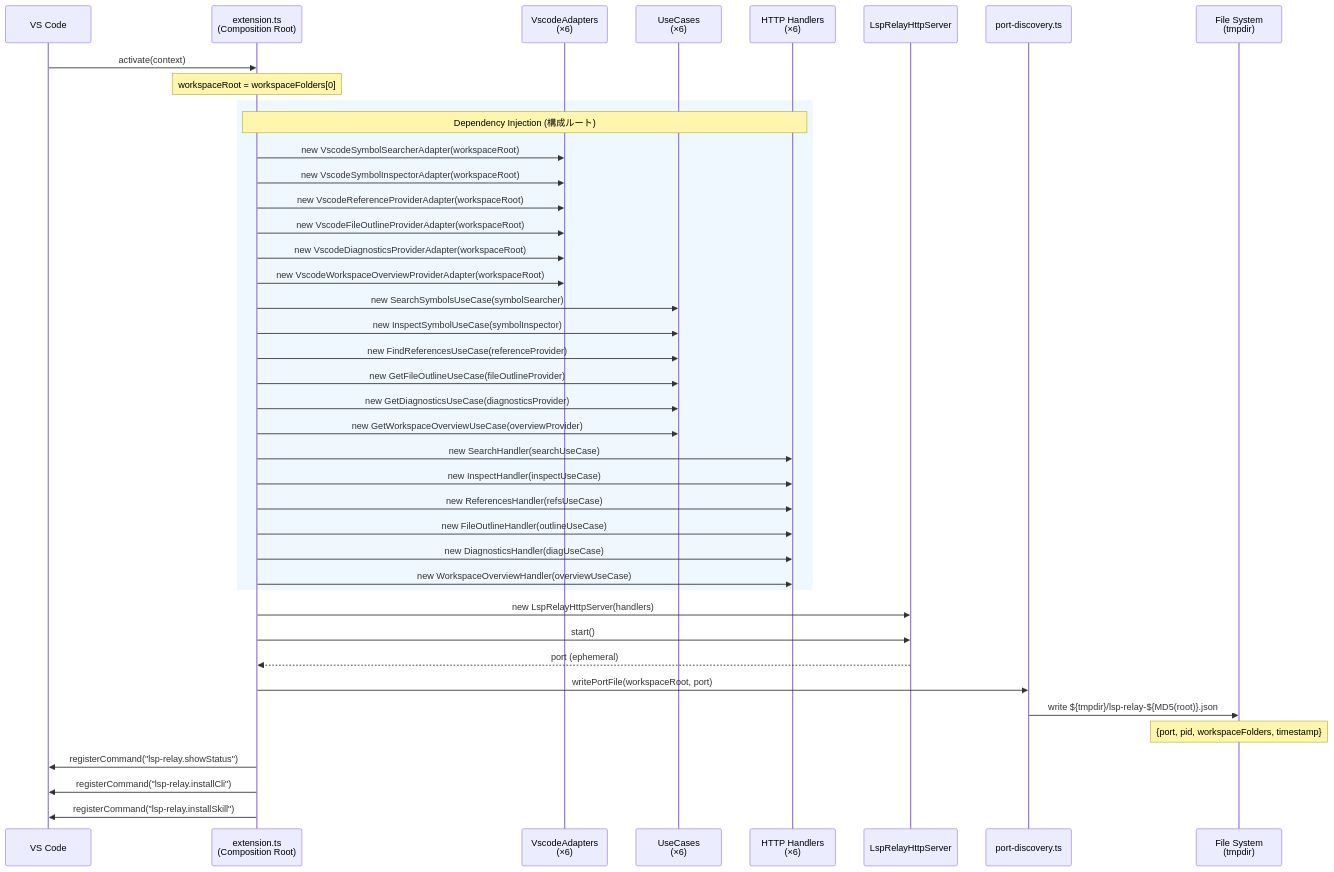
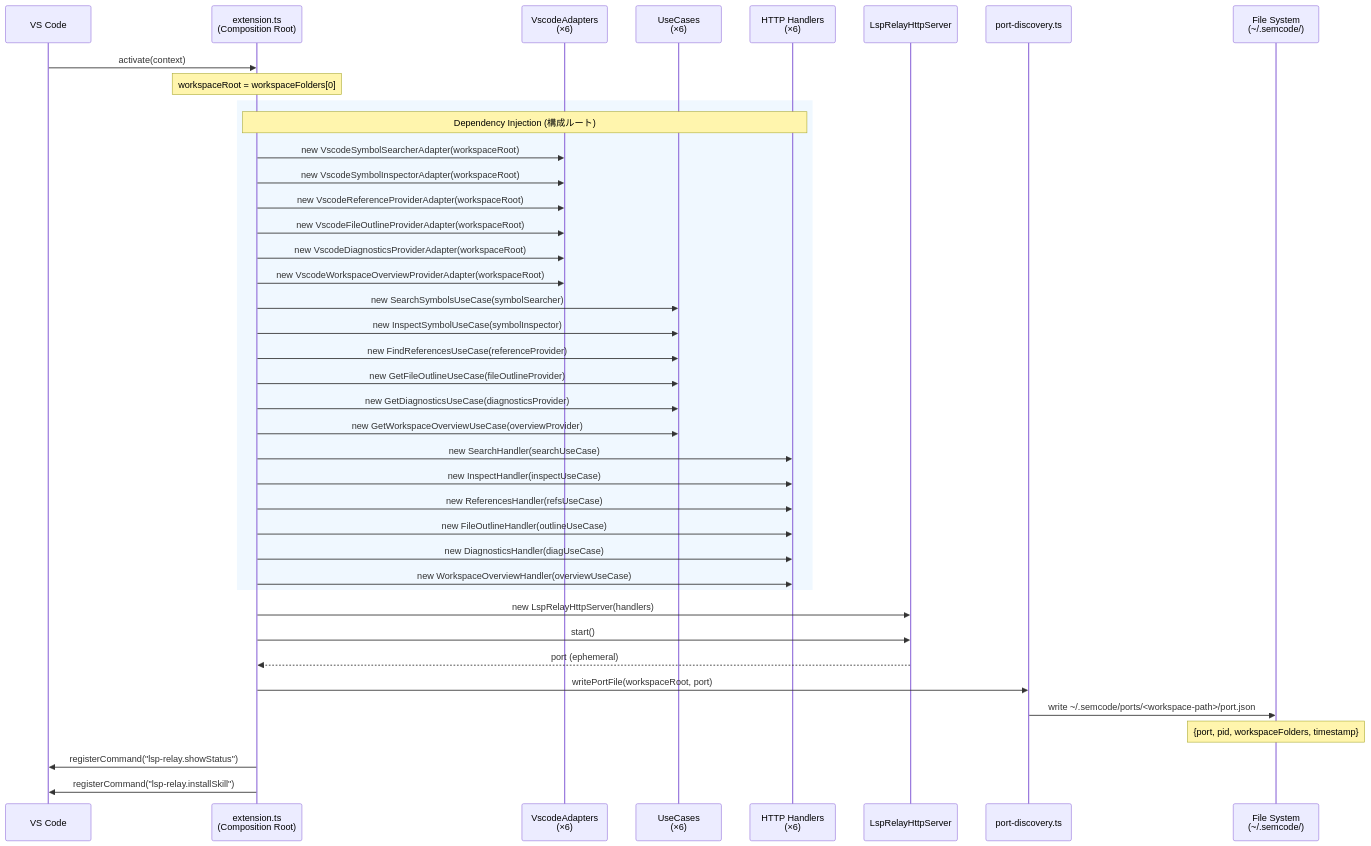
The first of 6 diagrams in docs/sequence-diagram.md (omurakazuaki/lsp-relay-vscode-extension), drawn with Mermaid before and after one commit. The commit also changed other lines of this file and 19 other files, not shown here.

````diff
--- a/docs/sequence-diagram.md
+++ b/docs/sequence-diagram.md
@@ -7,49 +7,48 @@
 ```mermaid
 sequenceDiagram
     participant VSCode as VS Code
     participant Ext as extension.ts<br/>(Composition Root)
     participant Adapter as VscodeAdapters<br/>(×6)
     participant UC as UseCases<br/>(×6)
     participant Handler as HTTP Handlers<br/>(×6)
     participant Server as LspRelayHttpServer
     participant PD as port-discovery.ts
-    participant FS as File System<br/>(tmpdir)
+    participant FS as File System<br/>(~/.semcode/)
 
     VSCode->>Ext: activate(context)
     Note over Ext: workspaceRoot = workspaceFolders[0]
 
     rect rgb(240, 248, 255)
         Note over Ext,Handler: Dependency Injection (構成ルート)
         Ext->>Adapter: new VscodeSymbolSearcherAdapter(workspaceRoot)
         Ext->>Adapter: new VscodeSymbolInspectorAdapter(workspaceRoot)
         Ext->>Adapter: new VscodeReferenceProviderAdapter(workspaceRoot)
         Ext->>Adapter: new VscodeFileOutlineProviderAdapter(workspaceRoot)
         Ext->>Adapter: new VscodeDiagnosticsProviderAdapter(workspaceRoot)
         Ext->>Adapter: new VscodeWorkspaceOverviewProviderAdapter(workspaceRoot)
 
         Ext->>UC: new SearchSymbolsUseCase(symbolSearcher)
         Ext->>UC: new InspectSymbolUseCase(symbolInspector)
         Ext->>UC: new FindReferencesUseCase(referenceProvider)
         Ext->>UC: new GetFileOutlineUseCase(fileOutlineProvider)
         Ext->>UC: new GetDiagnosticsUseCase(diagnosticsProvider)
         Ext->>UC: new GetWorkspaceOverviewUseCase(overviewProvider)
 
         Ext->>Handler: new SearchHandler(searchUseCase)
         Ext->>Handler: new InspectHandler(inspectUseCase)
         Ext->>Handler: new ReferencesHandler(refsUseCase)
         Ext->>Handler: new FileOutlineHandler(outlineUseCase)
         Ext->>Handler: new DiagnosticsHandler(diagUseCase)
         Ext->>Handler: new WorkspaceOverviewHandler(overviewUseCase)
     end
 
     Ext->>Server: new LspRelayHttpServer(handlers)
     Ext->>Server: start()
     Server-->>Ext: port (ephemeral)
     Ext->>PD: writePortFile(workspaceRoot, port)
-    PD->>FS: write ${tmpdir}/lsp-relay-${MD5(root)}.json
+    PD->>FS: write ~/.semcode/ports/<workspace-path>/port.json
     Note over FS: {port, pid, workspaceFolders, timestamp}
 
     Ext->>VSCode: registerCommand("lsp-relay.showStatus")
-    Ext->>VSCode: registerCommand("lsp-relay.installCli")
     Ext->>VSCode: registerCommand("lsp-relay.installSkill")
 ```
````
